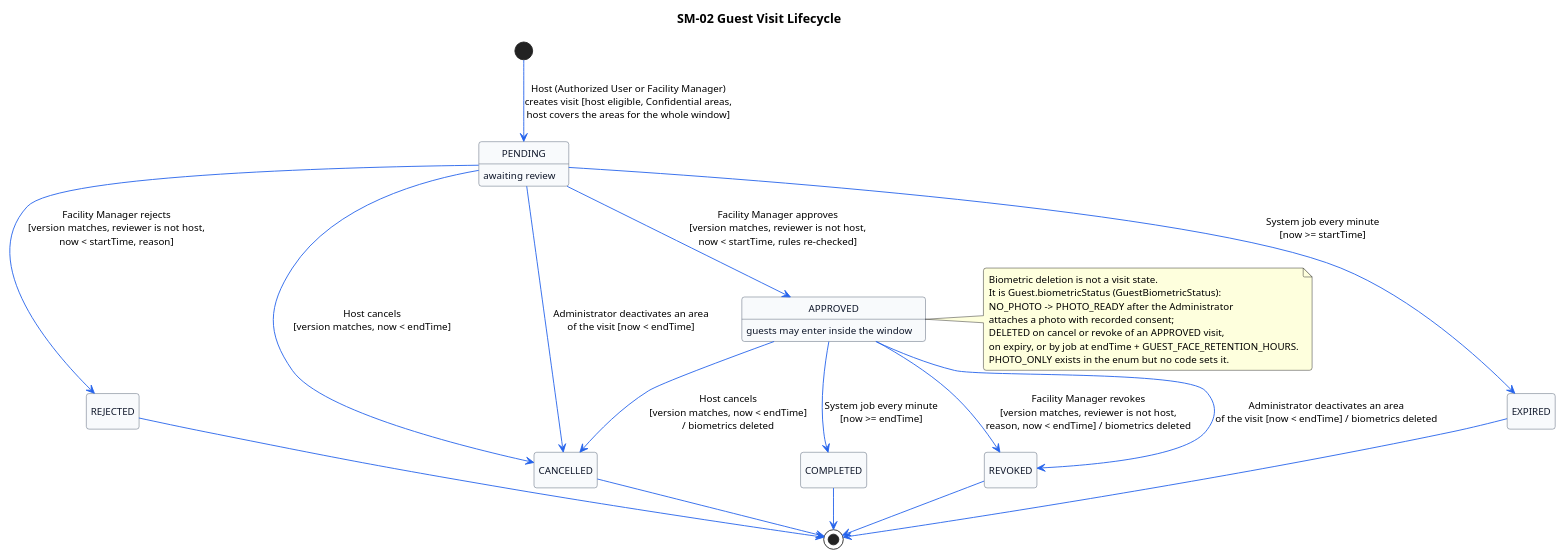
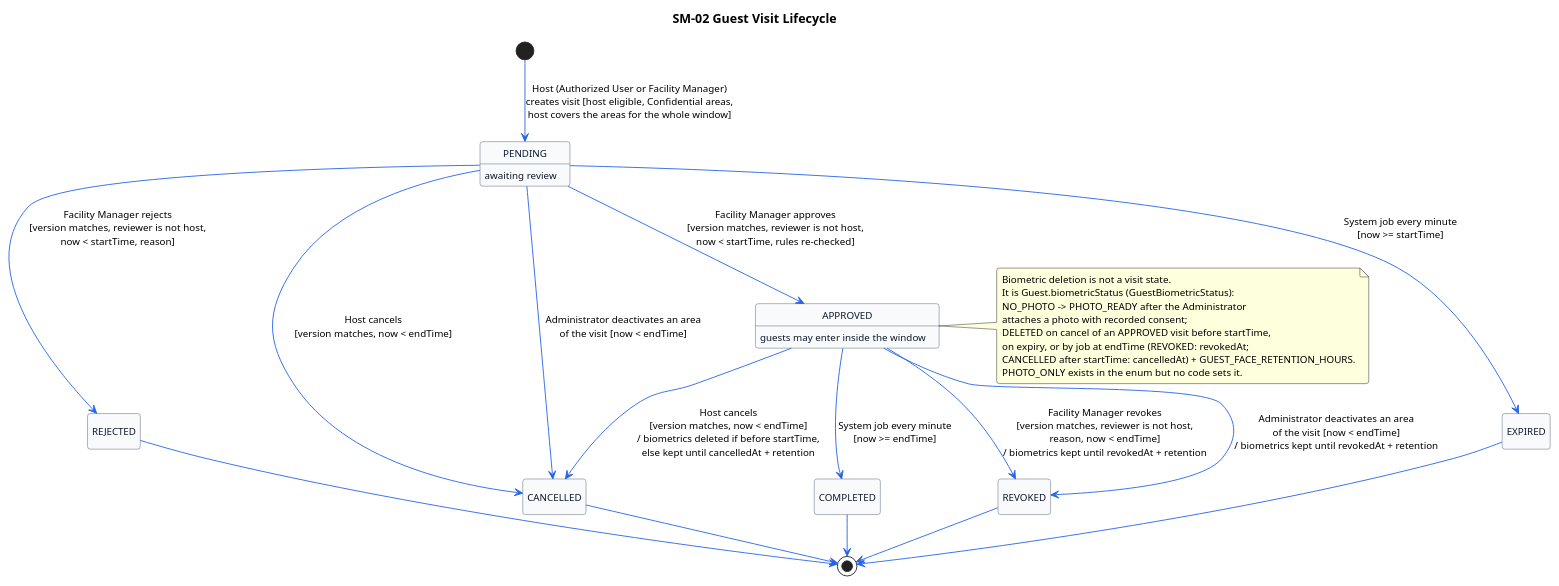
Before and after one commit to AnhHao2505/AI-Based-Intelligent-Campus-Security-Surveillance-System: the diagram in docs/diagrams/state-guest-visit.puml, drawn with PlantUML. The commit also changed 17 other files, not shown here.

First line of the commit message:
Fix/guest biometric retention 72h (#265)

```diff
--- a/docs/diagrams/state-guest-visit.puml
+++ b/docs/diagrams/state-guest-visit.puml
@@ -1,58 +1,59 @@
 @startuml state-guest-visit
 ' Title: SM-02 Guest visit lifecycle (PlantUML version of state-guest-visit.mmd, keep both in sync)
 ' Source: enums/GuestVisitStatus.java, service/GuestVisitService.java (create, review, cancel, revoke,
 '   closeForAreaDeactivation), service/GuestVisitJobService.java, scheduler/GuestVisitScheduler.java · Generated from main @ e474968
 skinparam backgroundColor #FFFFFF
 skinparam defaultFontName Arial
 skinparam defaultFontSize 11
 skinparam roundCorner 6
 skinparam shadowing false
 skinparam nodesep 65
 skinparam ranksep 45
 skinparam stateStartColor #000000
 skinparam stateEndColor #000000
 skinparam stateBackgroundColor #F8FAFC
 skinparam stateBorderColor #475569
 skinparam stateFontColor #0F172A
 skinparam stateArrowColor #2563EB
 hide empty description
 
 title SM-02 Guest Visit Lifecycle
 
 state PENDING : awaiting review
 state APPROVED : guests may enter inside the window
 state REJECTED
 state CANCELLED
 state REVOKED
 state EXPIRED
 state COMPLETED
 
 [*] --> PENDING : Host (Authorized User or Facility Manager)\ncreates visit [host eligible, Confidential areas,\nhost covers the areas for the whole window]
 
 PENDING --> APPROVED : Facility Manager approves\n[version matches, reviewer is not host,\nnow < startTime, rules re-checked]
 PENDING --> REJECTED : Facility Manager rejects\n[version matches, reviewer is not host,\nnow < startTime, reason]
 PENDING --> CANCELLED : Host cancels\n[version matches, now < endTime]
 PENDING --> CANCELLED : Administrator deactivates an area\nof the visit [now < endTime]
 PENDING --> EXPIRED : System job every minute\n[now >= startTime]
 
-APPROVED --> CANCELLED : Host cancels\n[version matches, now < endTime]\n/ biometrics deleted
-APPROVED --> REVOKED : Facility Manager revokes\n[version matches, reviewer is not host,\nreason, now < endTime] / biometrics deleted
-APPROVED --> REVOKED : Administrator deactivates an area\nof the visit [now < endTime] / biometrics deleted
+APPROVED --> CANCELLED : Host cancels\n[version matches, now < endTime]\n/ biometrics deleted if before startTime,\nelse kept until cancelledAt + retention
+APPROVED --> REVOKED : Facility Manager revokes\n[version matches, reviewer is not host,\nreason, now < endTime]\n/ biometrics kept until revokedAt + retention
+APPROVED --> REVOKED : Administrator deactivates an area\nof the visit [now < endTime]\n/ biometrics kept until revokedAt + retention
 APPROVED --> COMPLETED : System job every minute\n[now >= endTime]
 
 REJECTED --> [*]
 CANCELLED --> [*]
 REVOKED --> [*]
 EXPIRED --> [*]
 COMPLETED --> [*]
 
 note right of APPROVED
   Biometric deletion is not a visit state.
   It is Guest.biometricStatus (GuestBiometricStatus):
   NO_PHOTO -> PHOTO_READY after the Administrator
   attaches a photo with recorded consent;
-  DELETED on cancel or revoke of an APPROVED visit,
-  on expiry, or by job at endTime + GUEST_FACE_RETENTION_HOURS.
+  DELETED on cancel of an APPROVED visit before startTime,
+  on expiry, or by job at endTime (REVOKED: revokedAt;
+  CANCELLED after startTime: cancelledAt) + GUEST_FACE_RETENTION_HOURS.
   PHOTO_ONLY exists in the enum but no code sets it.
 end note
 @enduml
```
